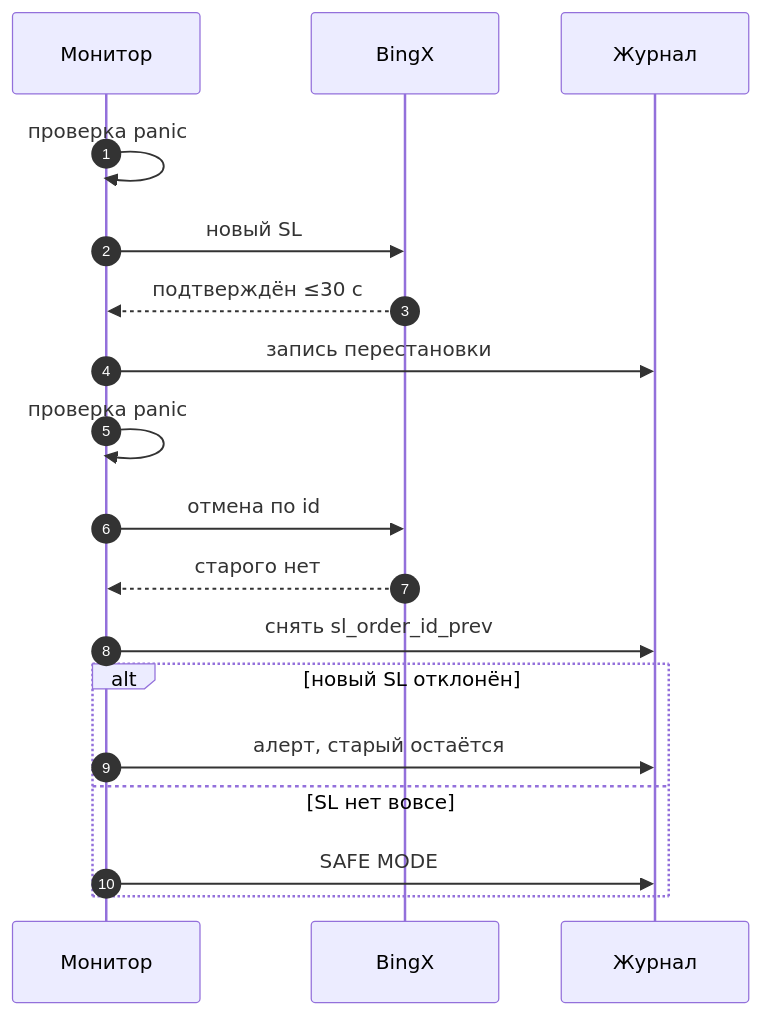
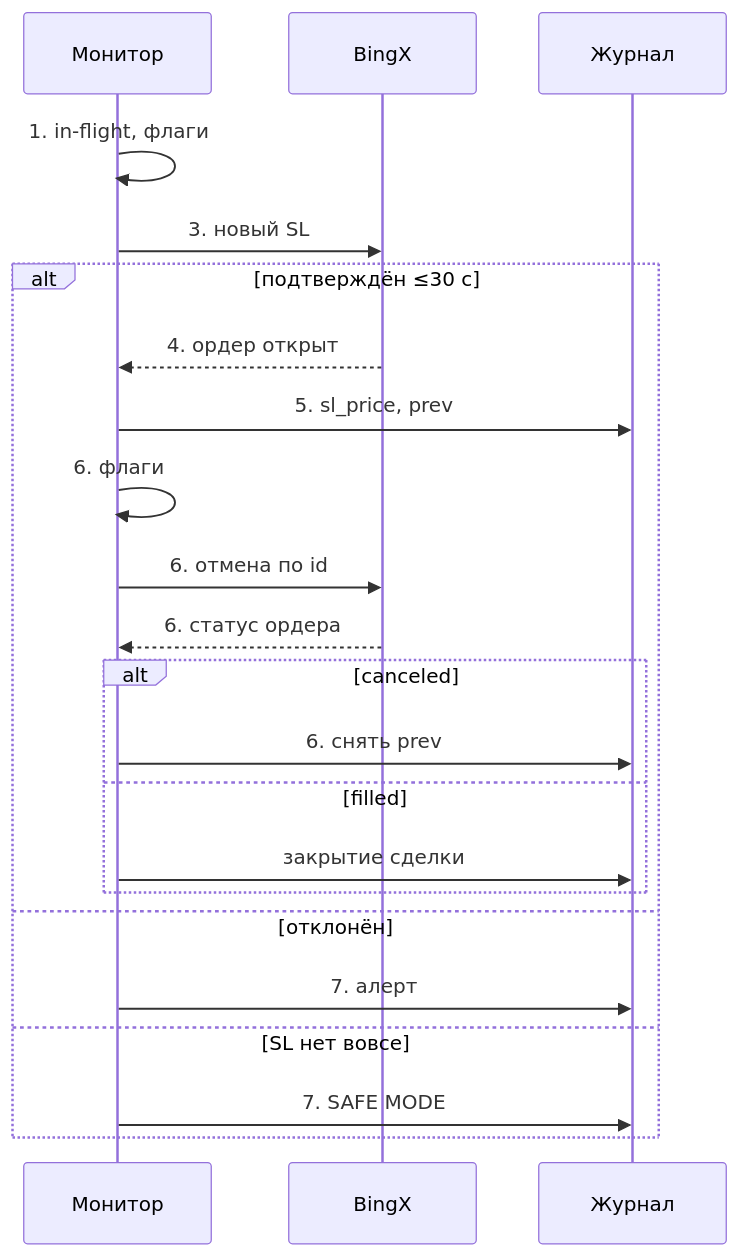
One commit to IvanBzz/OSKAR changed the second of 3 diagrams in vault/progress/Календарь событий в oskard без LLM, Pulsar — наблюдатель без вето (дизайн Sentinel).md. Above: the diagram before and after it, drawn with Mermaid. The commit also changed other lines of this file and 2 other files, not shown here.

````diff
--- a/vault/progress/Календарь событий в oskard без LLM, Pulsar — наблюдатель без вето (дизайн Sentinel).md
+++ b/vault/progress/Календарь событий в oskard без LLM, Pulsar — наблюдатель без вето (дизайн Sentinel).md
@@ -262,21 +269,25 @@
 ```mermaid
 %%{init: {"themeVariables": {"fontSize": "16px"}, "sequence": {"useMaxWidth": false}}}%%
 sequenceDiagram
-  autonumber
   participant M as Монитор
   participant B as BingX
   participant J as Журнал
-  M->>M: проверка panic
-  M->>B: новый SL
-  B-->>M: подтверждён ≤30 с
-  M->>J: запись перестановки
-  M->>M: проверка panic
-  M->>B: отмена по id
-  B-->>M: старого нет
-  M->>J: снять sl_order_id_prev
-  alt новый SL отклонён
-    M->>J: алерт, старый остаётся
+  M->>M: 1. in-flight, флаги
+  M->>B: 3. новый SL
+  alt подтверждён ≤30 с
+    B-->>M: 4. ордер открыт
+    M->>J: 5. sl_price, prev
+    M->>M: 6. флаги
+    M->>B: 6. отмена по id
+    B-->>M: 6. статус ордера
+    alt canceled
+      M->>J: 6. снять prev
+    else filled
+      M->>J: закрытие сделки
+    end
+  else отклонён
+    M->>J: 7. алерт
   else SL нет вовсе
-    M->>J: SAFE MODE
+    M->>J: 7. SAFE MODE
   end
 ```
````
